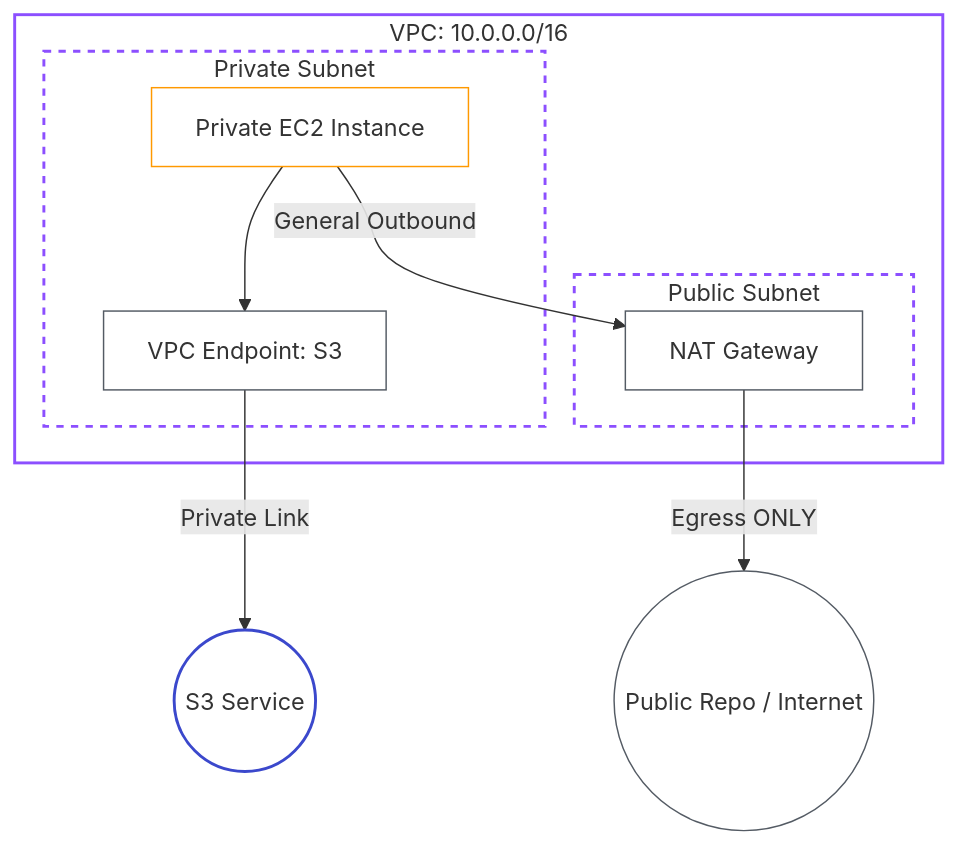
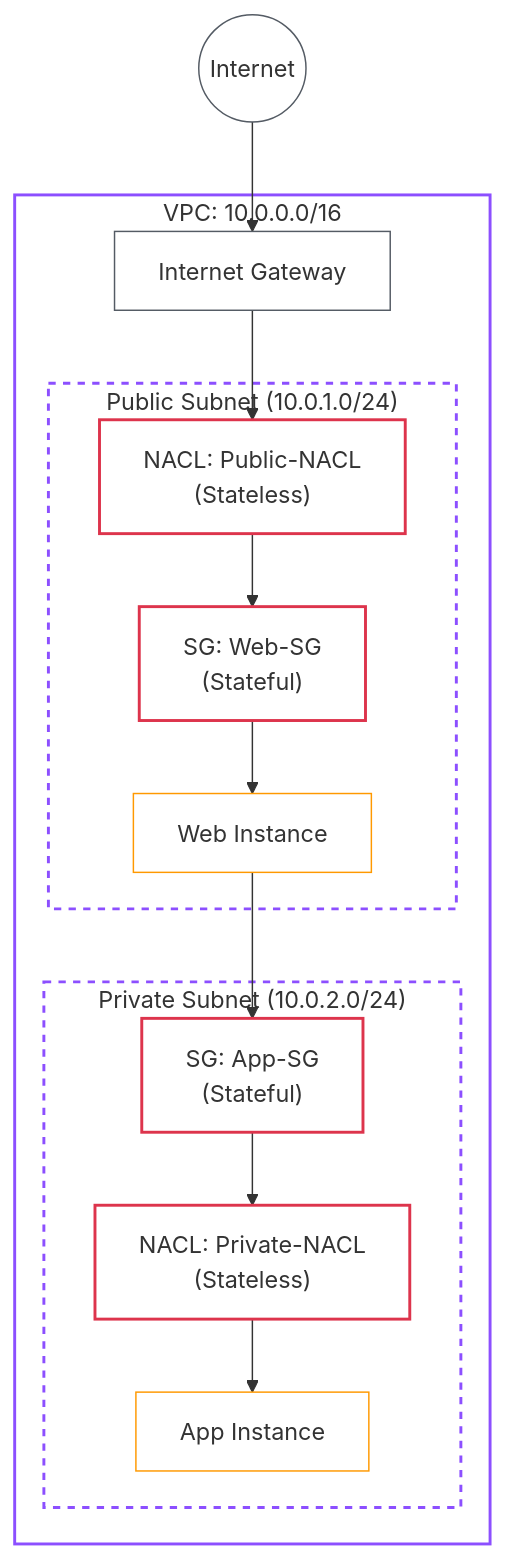
Before and after one commit to luhur-acn/intern-labs: the diagram in labs/05-Advanced_EC2_VPC.md, drawn with Mermaid. The commit also changed other lines of this file, not shown here.

Commit message:
feat: Revamp Lab 05 to focus on Security Groups and Network ACLs, replacing the previous content on NAT Gateway and VPC Endpoints.

````diff
--- a/labs/05-Advanced_EC2_VPC.md
+++ b/labs/05-Advanced_EC2_VPC.md
@@ -17,35 +17,37 @@
 ```mermaid
 graph TD
     %% Styling (AWS Standards)
     classDef vpc fill:none,stroke:#8c4fff,stroke-width:2px;
     classDef subnet fill:none,stroke:#8c4fff,stroke-width:2px,stroke-dasharray: 5 5;
     classDef compute fill:none,stroke:#ff9900,stroke-width:1px;
-    classDef s3 fill:none,stroke:#3b48cc,stroke-width:2px;
+    classDef security fill:none,stroke:#dd344c,stroke-width:2px;
     classDef external fill:none,stroke:#545b64,stroke-width:1px;
 
+    Internet((Internet))
+
     subgraph VPC ["VPC: 10.0.0.0/16"]
-        subgraph PubSub ["Public Subnet"]
-            NAT[NAT Gateway]
+        IGW[Internet Gateway]
+
+        subgraph PubSub ["Public Subnet (10.0.1.0/24)"]
+            NACL_Pub["NACL: Public-NACL\n(Stateless)"]
+            SG_Web["SG: Web-SG\n(Stateful)"]
+            EC2_Web[Web Instance]
         end
-        subgraph PrivSub ["Private Subnet"]
-            EC2[Private EC2 Instance]
-            VPCE_S3[VPC Endpoint: S3]
+
+        subgraph PrivSub ["Private Subnet (10.0.2.0/24)"]
+            NACL_Priv["NACL: Private-NACL\n(Stateless)"]
+            SG_App["SG: App-SG\n(Stateful)"]
+            EC2_App[App Instance]
         end
     end
-    
-    S3((S3 Service))
-    Repos((Public Repo / Internet))
-    
-    EC2 --> VPCE_S3
-    VPCE_S3 -- "Private Link" --> S3
-    
-    EC2 -- "General Outbound" --> NAT
-    NAT -- "Egress ONLY" --> Repos
+
+    Internet --> IGW --> NACL_Pub --> SG_Web --> EC2_Web
+    EC2_Web --> SG_App --> NACL_Priv --> EC2_App
 
     %% Assign Classes
     class VPC vpc;
     class PubSub,PrivSub subnet;
-    class EC2 compute;
-    class S3 s3;
-    class NAT,VPCE_S3,Repos external;
+    class EC2_Web,EC2_App compute;
+    class NACL_Pub,NACL_Priv,SG_Web,SG_App security;
+    class IGW,Internet external;
 ```
````
